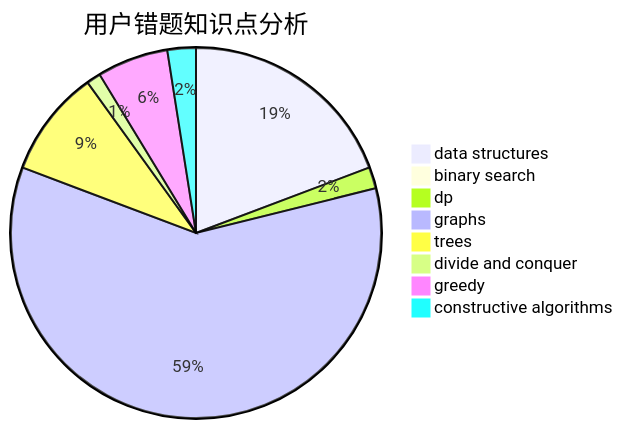
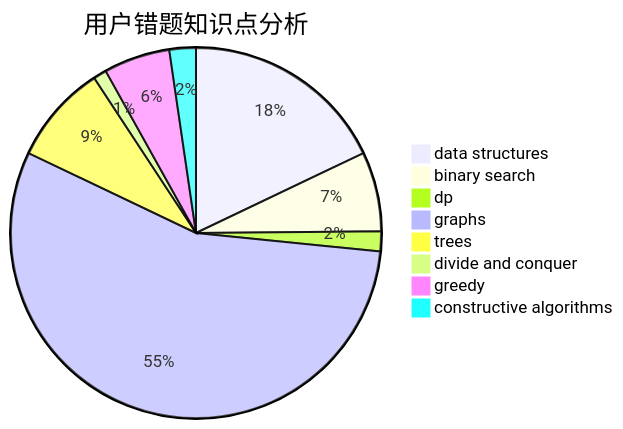
One commit to sherpahu/cfrs.github.io changed the third of 3 diagrams in docs/user/u61.md. Above: the diagram before and after it, drawn with Mermaid. The commit also changed other lines of this file and 2770 other files, not shown here.

````diff
--- a/docs/user/u61.md
+++ b/docs/user/u61.md
@@ -36,11 +36,11 @@
 ```mermaid
 pie title 用户错题知识点分析
     "data structures" :  31
-    "binary search" :  1
+    "binary search" :  12
     "dp" :  3
     "graphs" :  96
     "trees" :  15
     "divide and conquer" :  2
     "greedy" :  10
     "constructive algorithms" :  4
 ```
````
